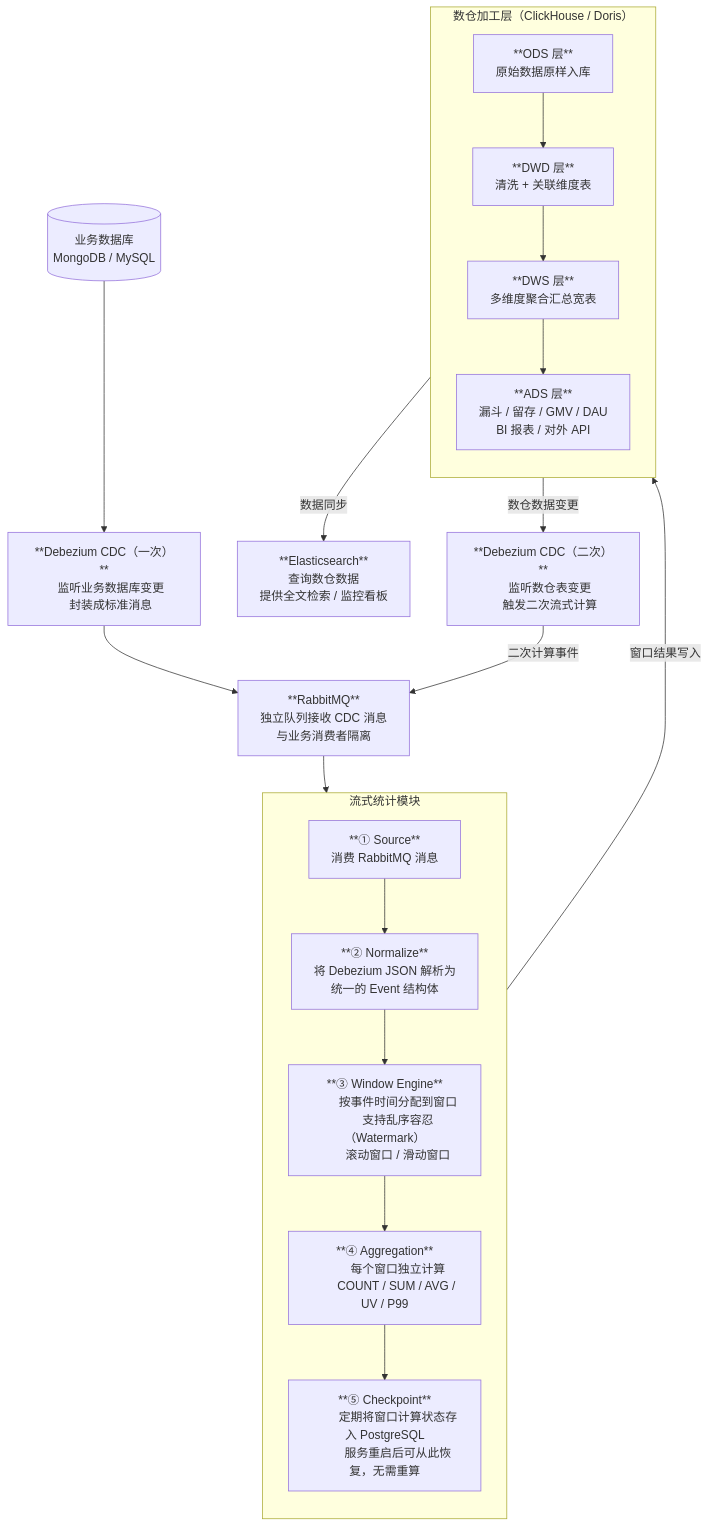
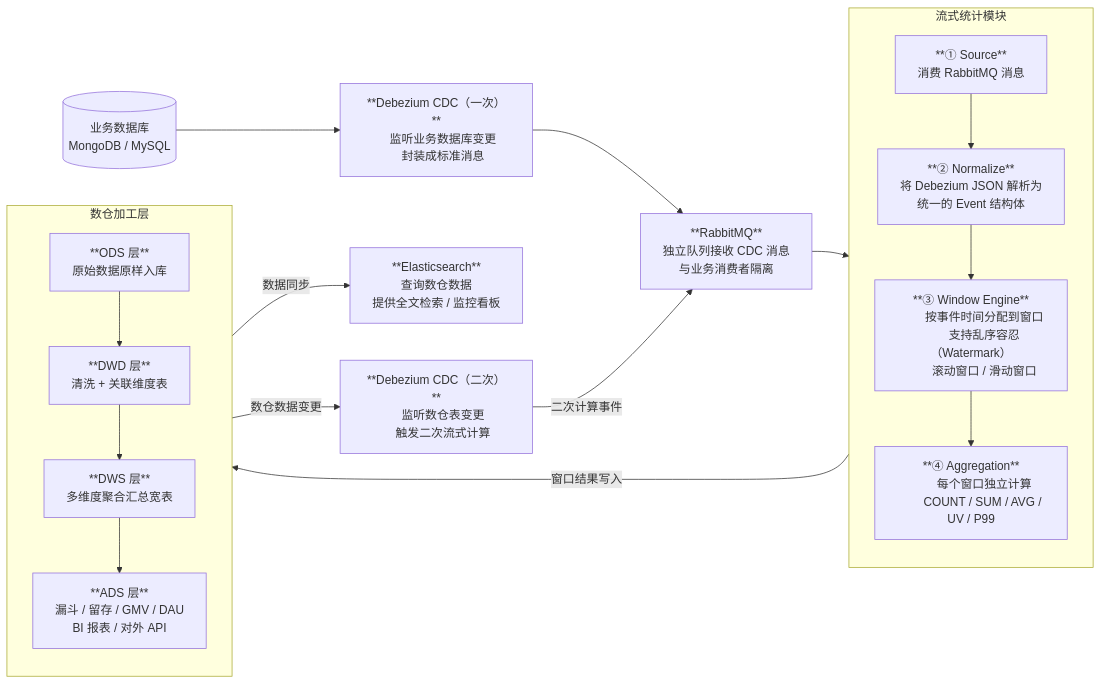
The first of 3 diagrams in stream-stats-design.md (EthanScriptOn/strea-doc), drawn with Mermaid before and after one commit.

Commit message:
change main chart to LR: stream module left, DW right

````diff
--- a/stream-stats-design.md
+++ b/stream-stats-design.md
@@ -9,70 +9,66 @@
 ```mermaid
-flowchart TD
+flowchart LR
     DB[("`业务数据库
     MongoDB / MySQL`")]
 
     DBZ1["**Debezium CDC（一次）**
     监听业务数据库变更
     封装成标准消息"]
 
     MQ["**RabbitMQ**
     独立队列接收 CDC 消息
     与业务消费者隔离"]
 
     subgraph STREAM["流式统计模块"]
         direction TB
         A["**① Source**
         消费 RabbitMQ 消息"]
 
         B["**② Normalize**
         将 Debezium JSON 解析为
         统一的 Event 结构体"]
 
         C["**③ Window Engine**
         按事件时间分配到窗口
         支持乱序容忍（Watermark）
         滚动窗口 / 滑动窗口"]
 
         D["**④ Aggregation**
         每个窗口独立计算
         COUNT / SUM / AVG / UV / P99"]
 
-        E["**⑤ Checkpoint**
-        定期将窗口计算状态存入 PostgreSQL
-        服务重启后可从此恢复，无需重算"]
-
-        A --> B --> C --> D --> E
+        A --> B --> C --> D
     end
 
-    subgraph DW["数仓加工层（ClickHouse / Doris）"]
+    subgraph DW["数仓加工层"]
         direction TB
         ODS["**ODS 层**
         原始数据原样入库"]
 
         DWD["**DWD 层**
         清洗 + 关联维度表"]
 
         DWS["**DWS 层**
         多维度聚合汇总宽表"]
 
         ADS["**ADS 层**
         漏斗 / 留存 / GMV / DAU
         BI 报表 / 对外 API"]
 
         ODS --> DWD --> DWS --> ADS
     end
 
     ES["**Elasticsearch**
     查询数仓数据
     提供全文检索 / 监控看板"]
 
     DBZ2["**Debezium CDC（二次）**
     监听数仓表变更
     触发二次流式计算"]
 
     DB --> DBZ1 --> MQ --> A
     D -- "窗口结果写入" --> ODS
     ADS -- "数据同步" --> ES
     DWS -- "数仓数据变更" --> DBZ2
     DBZ2 -- "二次计算事件" --> MQ
 ```
````
